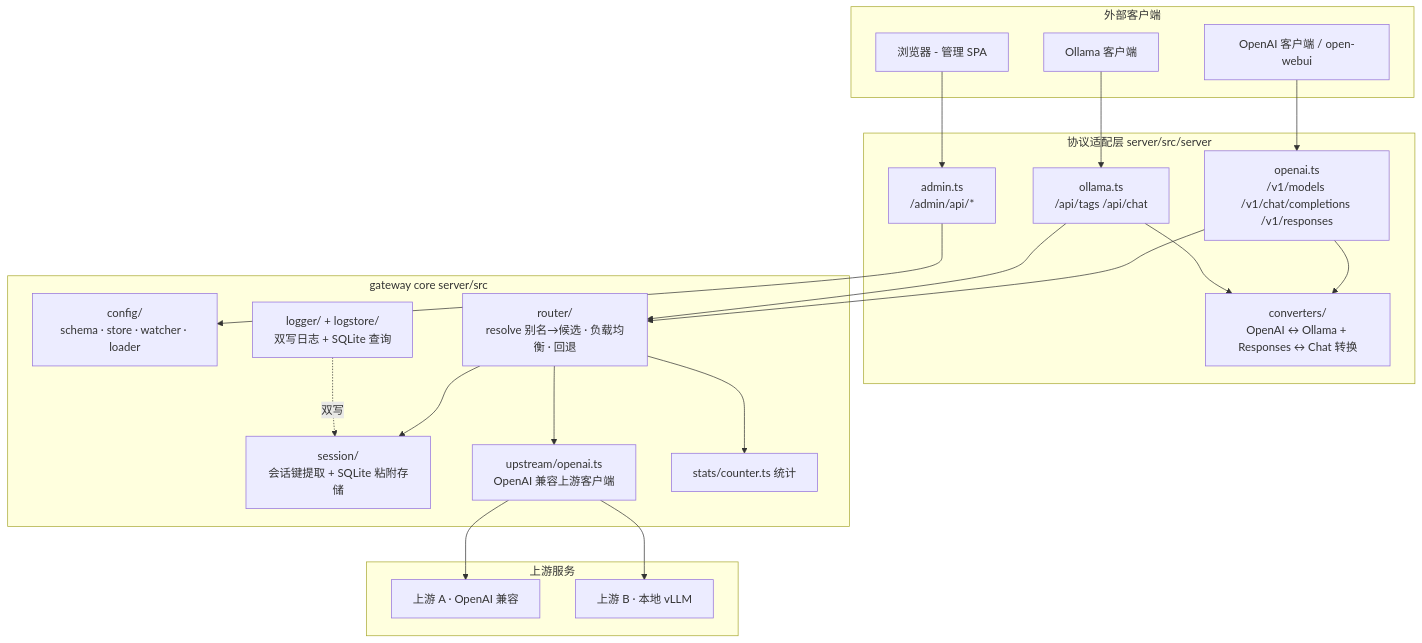
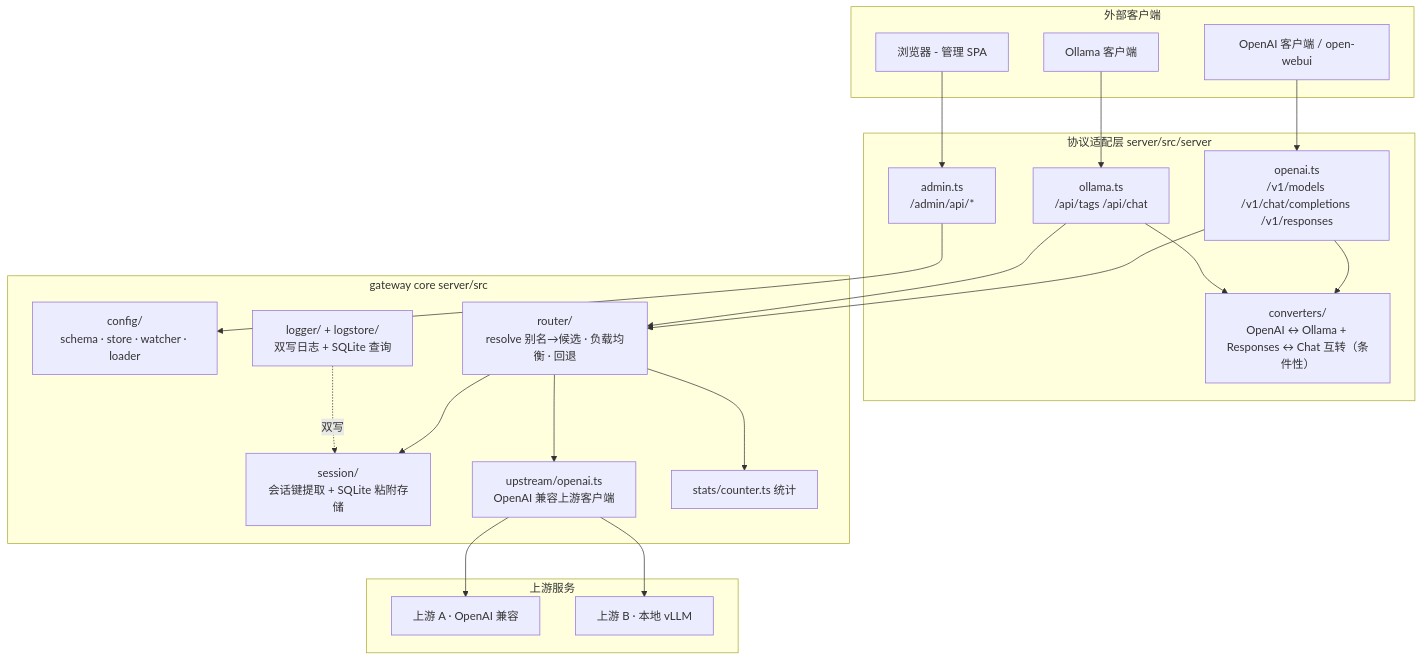
One commit to shudingbo/llmproxy changed the first of 3 diagrams in docs/architecture/overview.md. Above: the diagram before and after it, drawn with Mermaid. The commit also changed other lines of this file and 24 other files, not shown here.

````diff
--- a/docs/architecture/overview.md
+++ b/docs/architecture/overview.md
@@ -33,44 +33,44 @@
 ```mermaid
 flowchart TB
     subgraph 外部客户端
         C1[OpenAI 客户端 / open-webui]
         C2[Ollama 客户端]
         C3[浏览器 - 管理 SPA]
     end
 
     subgraph 协议适配层[协议适配层 server/src/server]
         OAI[openai.ts<br/>/v1/models /v1/chat/completions /v1/responses]
         OLL[ollama.ts<br/>/api/tags /api/chat]
         ADM[admin.ts<br/>/admin/api/*]
-        CV[converters/<br/>OpenAI ↔ Ollama + Responses ↔ Chat 转换]
+        CV[converters/<br/>OpenAI ↔ Ollama + Responses ↔ Chat 互转（条件性）]
     end
 
     subgraph gateway core[gateway core server/src]
         CFG[config/<br/>schema · store · watcher · loader]
         RT[router/<br/>resolve 别名→候选 · 负载均衡 · 回退]
         SESS[session/<br/>会话键提取 + SQLite 粘附存储]
         UP[upstream/openai.ts<br/>OpenAI 兼容上游客户端]
         ST[stats/counter.ts 统计]
         LG[logger/ + logstore/<br/>双写日志 + SQLite 查询]
     end
 
     subgraph 上游服务
         U1[上游 A · OpenAI 兼容]
         U2[上游 B · 本地 vLLM]
     end
 
     C1 --> OAI
     C2 --> OLL
     C3 --> ADM
     OAI --> RT
     OLL --> RT
     OAI --> CV
     OLL --> CV
     ADM --> CFG
     RT --> SESS
     RT --> UP
     RT --> ST
     UP --> U1
     UP --> U2
     LG -.双写.-> SESS
 ```
````
